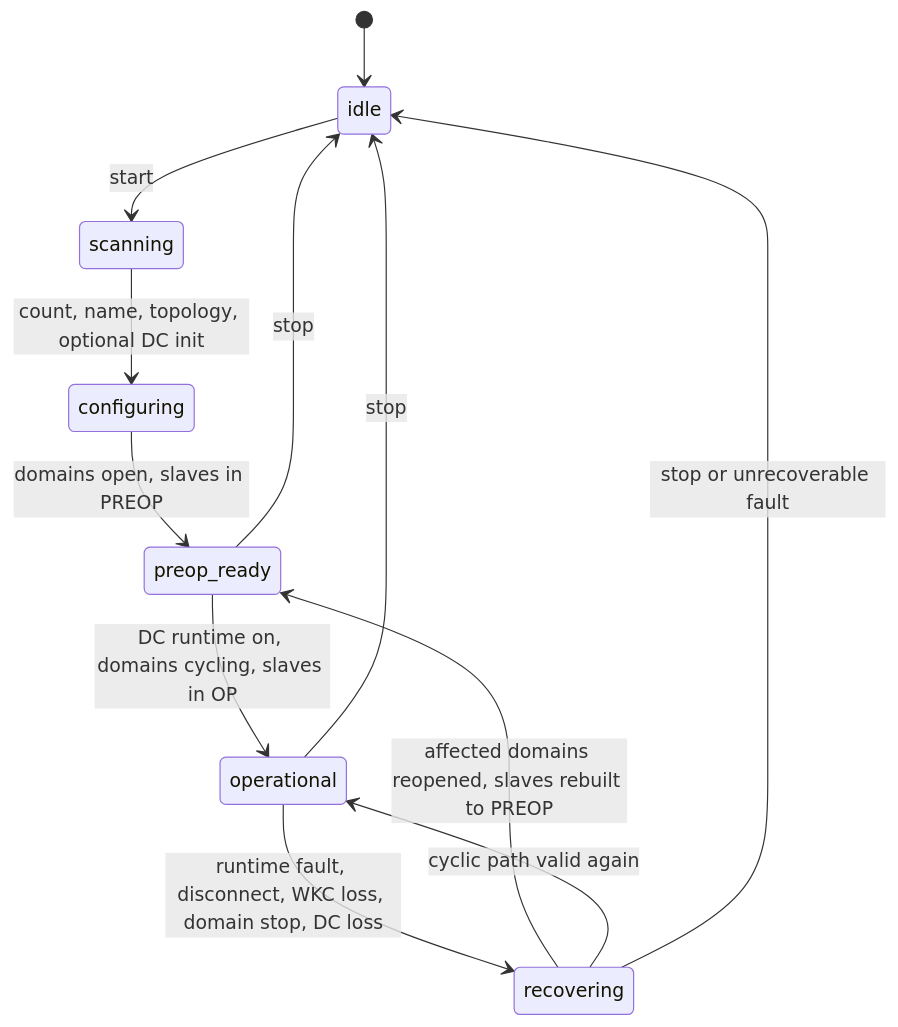
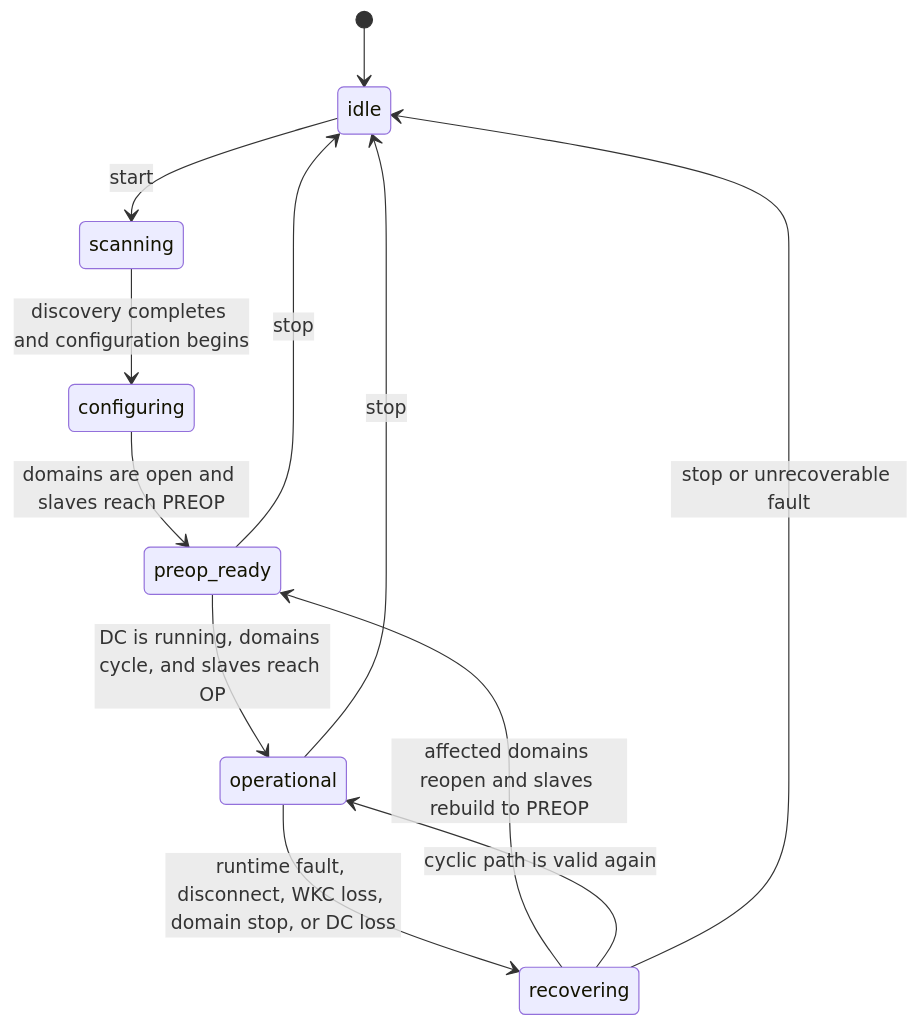
The second of 4 diagrams in docs/design-docs/lifecycle-spec-alignment-review.md (sid2baker/ethercat), drawn with Mermaid before and after one commit. The commit also changed other lines of this file and 2 other files, not shown here.

First line of the commit message:
docs: improve Mermaid lifecycle diagrams

````diff
--- a/docs/design-docs/lifecycle-spec-alignment-review.md
+++ b/docs/design-docs/lifecycle-spec-alignment-review.md
@@ -199,14 +199,14 @@
 ```mermaid
 stateDiagram-v2
     [*] --> idle
     idle --> scanning: start
-    scanning --> configuring: count, name, topology, optional DC init
-    configuring --> preop_ready: domains open, slaves in PREOP
-    preop_ready --> operational: DC runtime on, domains cycling, slaves in OP
-    operational --> recovering: runtime fault, disconnect, WKC loss, domain stop, DC loss
-    recovering --> preop_ready: affected domains reopened, slaves rebuilt to PREOP
-    recovering --> operational: cyclic path valid again
+    scanning --> configuring: discovery completes and configuration begins
+    configuring --> preop_ready: domains are open and slaves reach PREOP
+    preop_ready --> operational: DC is running, domains cycle, and slaves reach OP
+    operational --> recovering: runtime fault, disconnect, WKC loss, domain stop, or DC loss
+    recovering --> preop_ready: affected domains reopen and slaves rebuild to PREOP
+    recovering --> operational: cyclic path is valid again
     recovering --> idle: stop or unrecoverable fault
     operational --> idle: stop
     preop_ready --> idle: stop
 ```
````
